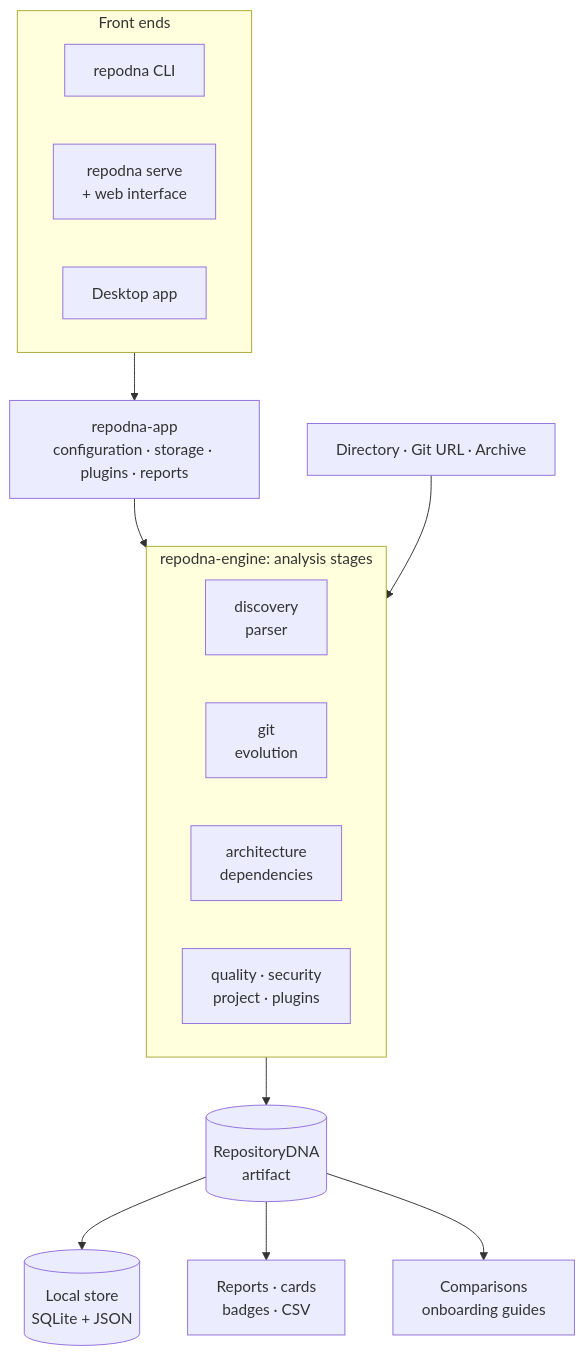
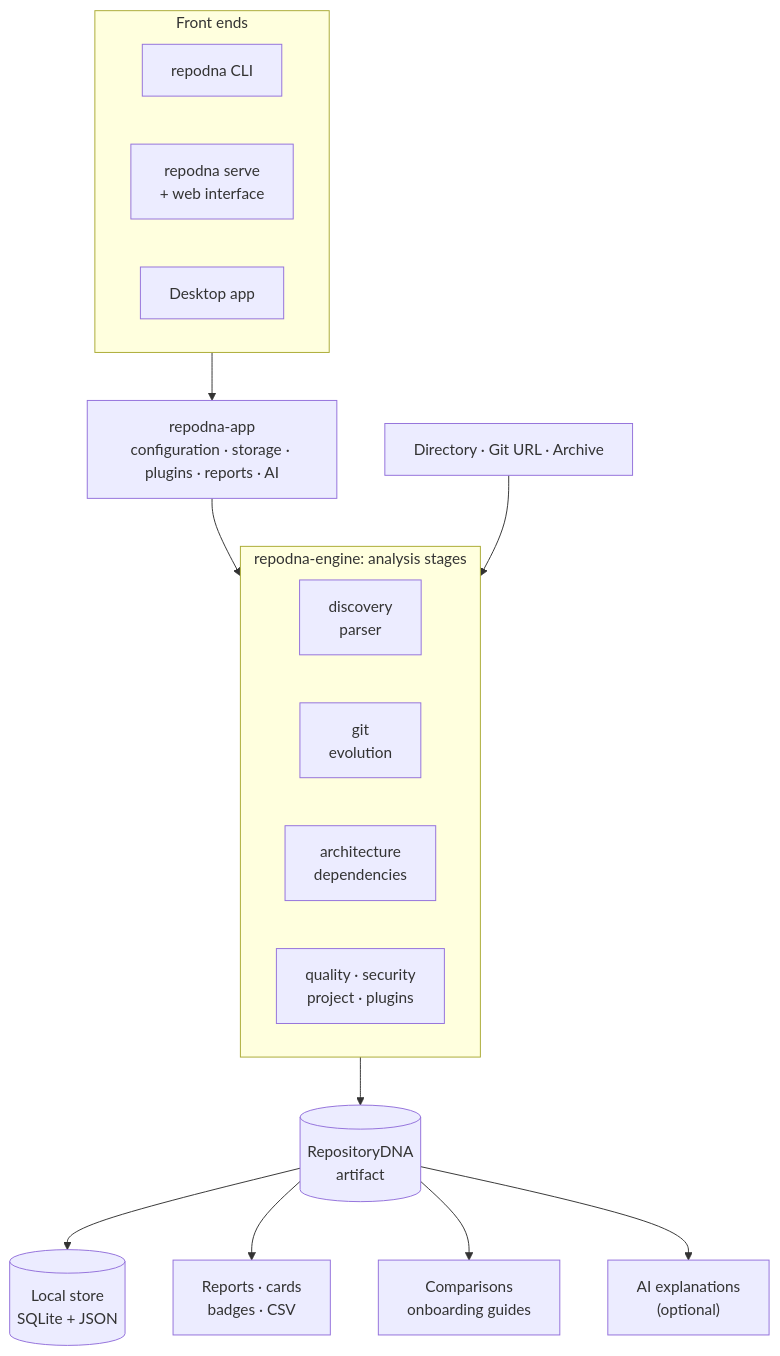
One commit to sanskarIN/RepoDNA changed the diagram in README.md. Above: the diagram before and after it, drawn with Mermaid. The commit also changed other lines of this file and 79 other files, not shown here.

````diff
--- a/README.md
+++ b/README.md
@@ -159,29 +163,31 @@
 ```mermaid
 flowchart TB
     subgraph Frontends["Front ends"]
         direction LR
         cli["repodna CLI"]
         server["repodna serve<br/>+ web interface"]
         desktop["Desktop app"]
     end
-    app["repodna-app<br/>configuration · storage · plugins · reports"]
+    app["repodna-app<br/>configuration · storage · plugins · reports · AI"]
     inputs["Directory · Git URL · Archive"]
     subgraph Engine["repodna-engine: analysis stages"]
         direction LR
         discovery["discovery<br/>parser"]
         history["git<br/>evolution"]
         structure["architecture<br/>dependencies"]
         signals["quality · security<br/>project · plugins"]
     end
     artifact[("RepositoryDNA<br/>artifact")]
     store[("Local store<br/>SQLite + JSON")]
     reports["Reports · cards<br/>badges · CSV"]
     compare["Comparisons<br/>onboarding guides"]
+    ai["AI explanations<br/>(optional)"]
     Frontends --> app
     app --> Engine
     inputs --> Engine
     Engine --> artifact
     artifact --> store
     artifact --> reports
     artifact --> compare
+    artifact --> ai
 ```
````
